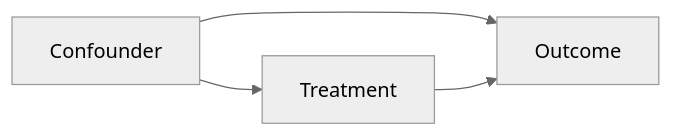
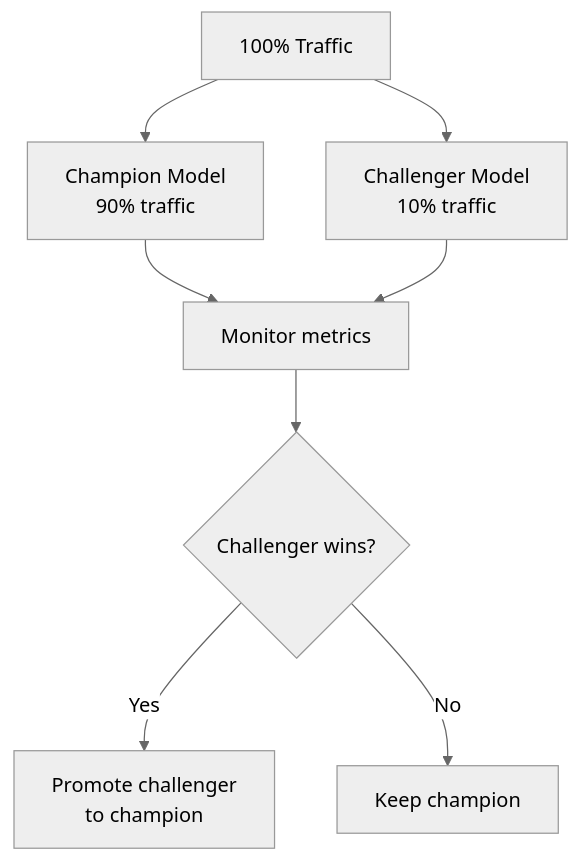
Before and after one commit to BakhodiribnYashinibnMansur/SeniorProject: diagram 14 of 20 in Roadmap/AI-and-Data/ai-data-scientist/TEMPLATE.md, drawn with Mermaid (neutral theme). The commit also changed other lines of this file and 17 other files, not shown here.

First line of the commit message:
update TEMPLATE.md files: add new roadmaps, fix SQL template, improve existing templates

````diff
--- a/Roadmap/AI-and-Data/ai-data-scientist/TEMPLATE.md
+++ b/Roadmap/AI-and-Data/ai-data-scientist/TEMPLATE.md
@@ -605,6 +2169,10 @@
 ```mermaid
-graph LR
-    C[Confounder] --> T[Treatment]
-    C --> O[Outcome]
-    T --> O
+graph TD
+    T[100% Traffic] --> C[Champion Model\n90% traffic]
+    T --> CH[Challenger Model\n10% traffic]
+    C --> M[Monitor metrics]
+    CH --> M
+    M --> D{Challenger wins?}
+    D -->|Yes| E[Promote challenger\nto champion]
+    D -->|No| F[Keep champion]
 ```
````
